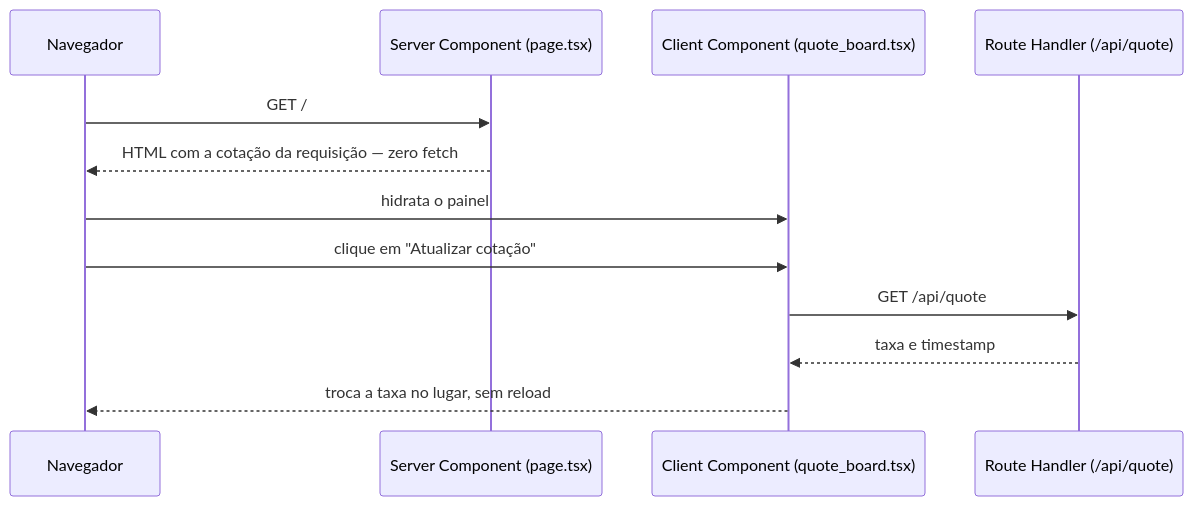
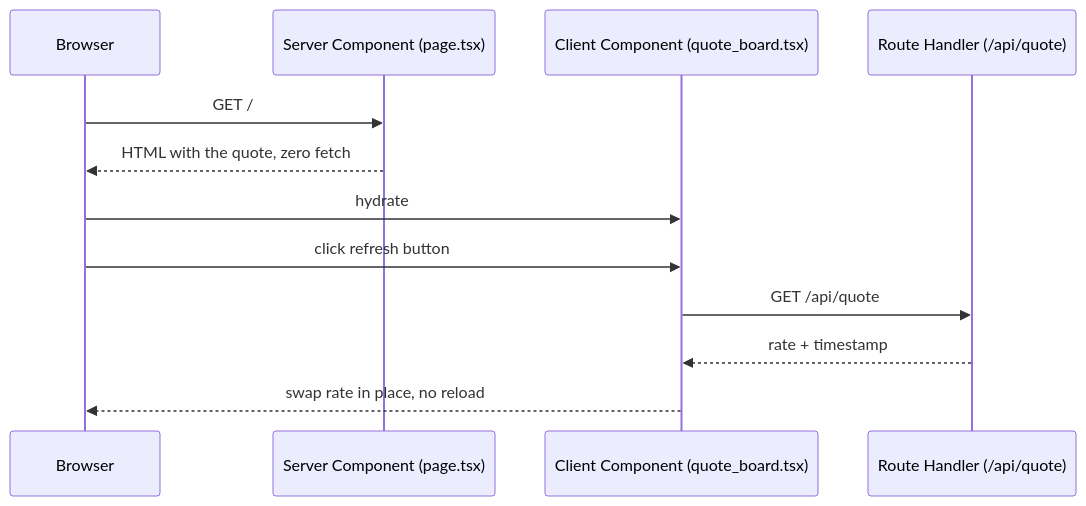
Before and after one commit to thiagoeti/front: the diagram in nextjs/README.md, drawn with Mermaid. The commit also changed other lines of this file and 5 other files, not shown here.

````diff
--- a/nextjs/README.md
+++ b/nextjs/README.md
@@ -7,14 +15,14 @@
 ```mermaid
 sequenceDiagram
-  participant B as Navegador
+  participant B as Browser
   participant SC as Server Component (page.tsx)
   participant CC as Client Component (quote_board.tsx)
   participant RH as Route Handler (/api/quote)
   B->>SC: GET /
-  SC-->>B: HTML com a cotação da requisição — zero fetch
-  B->>CC: hidrata o painel
-  B->>CC: clique em "Atualizar cotação"
+  SC-->>B: HTML with the quote, zero fetch
+  B->>CC: hydrate
+  B->>CC: click refresh button
   CC->>RH: GET /api/quote
-  RH-->>CC: taxa e timestamp
-  CC-->>B: troca a taxa no lugar, sem reload
+  RH-->>CC: rate + timestamp
+  CC-->>B: swap rate in place, no reload
 ```
````
